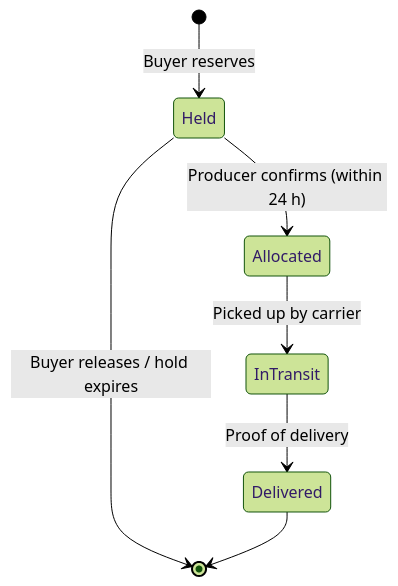
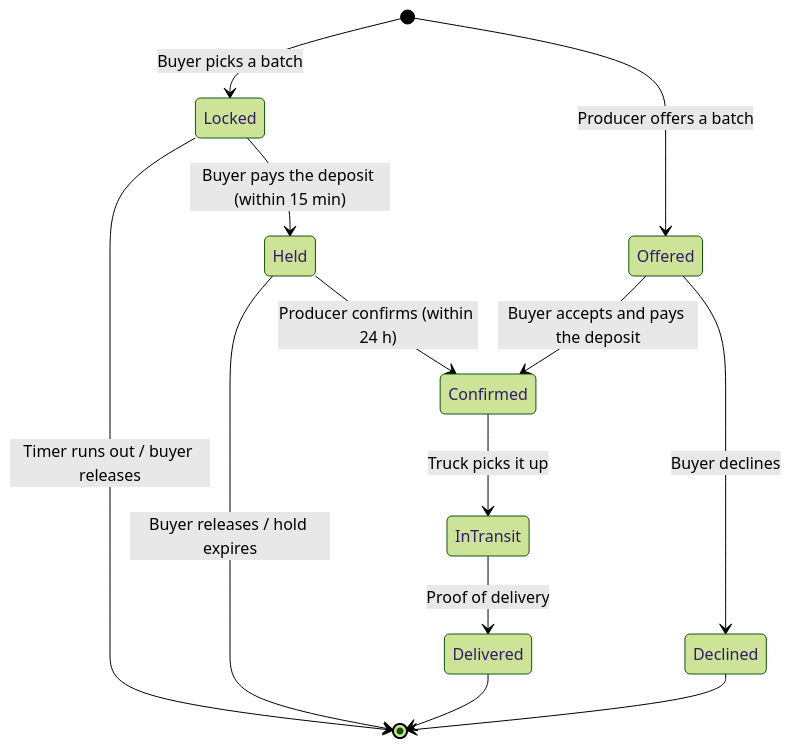
Before and after one commit to DACN-Manifest-NongNh-p/agri-supply-demand-platform: the fourth of 4 diagrams in docs/buyer/README.md, drawn with Mermaid (forest theme). The commit also changed other lines of this file and 78 other files, not shown here.

````diff
--- a/docs/buyer/README.md
+++ b/docs/buyer/README.md
@@ -148,9 +193,15 @@
 ```mermaid
 stateDiagram-v2
-    [*] --> Held: Buyer reserves
-    Held --> Allocated: Producer confirms (within 24 h)
+    [*] --> Locked: Buyer picks a batch
+    Locked --> Held: Buyer pays the deposit (within 15 min)
+    Locked --> [*]: Timer runs out / buyer releases
+    [*] --> Offered: Producer offers a batch
+    Held --> Confirmed: Producer confirms (within 24 h)
     Held --> [*]: Buyer releases / hold expires
-    Allocated --> InTransit: Picked up by carrier
+    Offered --> Confirmed: Buyer accepts and pays the deposit
+    Offered --> Declined: Buyer declines
+    Confirmed --> InTransit: Truck picks it up
     InTransit --> Delivered: Proof of delivery
     Delivered --> [*]
+    Declined --> [*]
 ```
````
